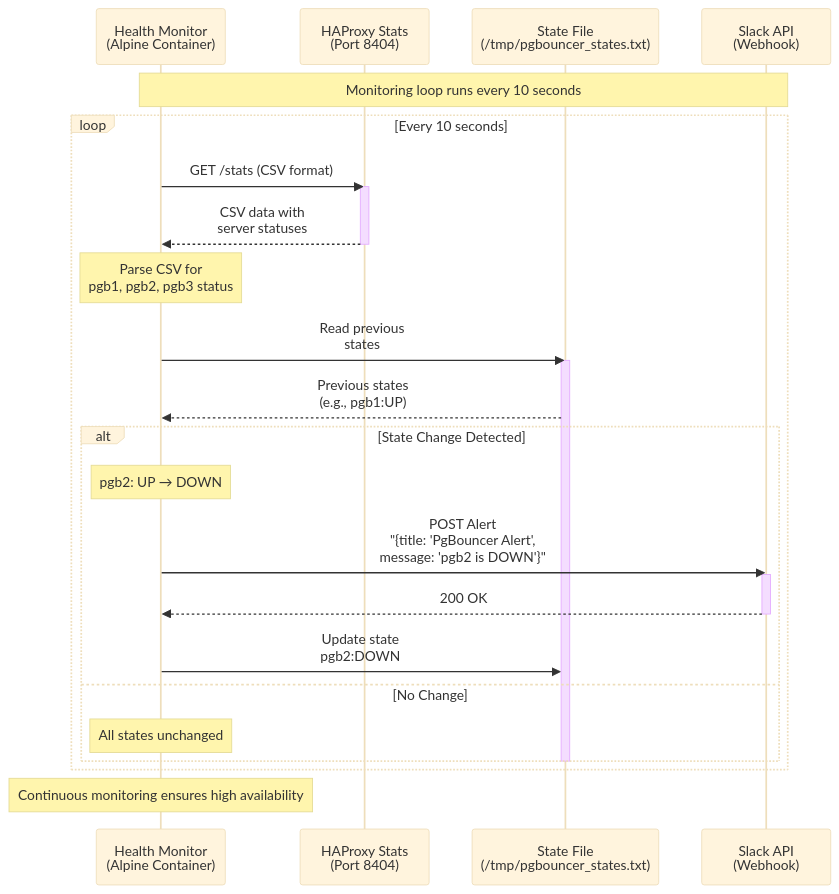
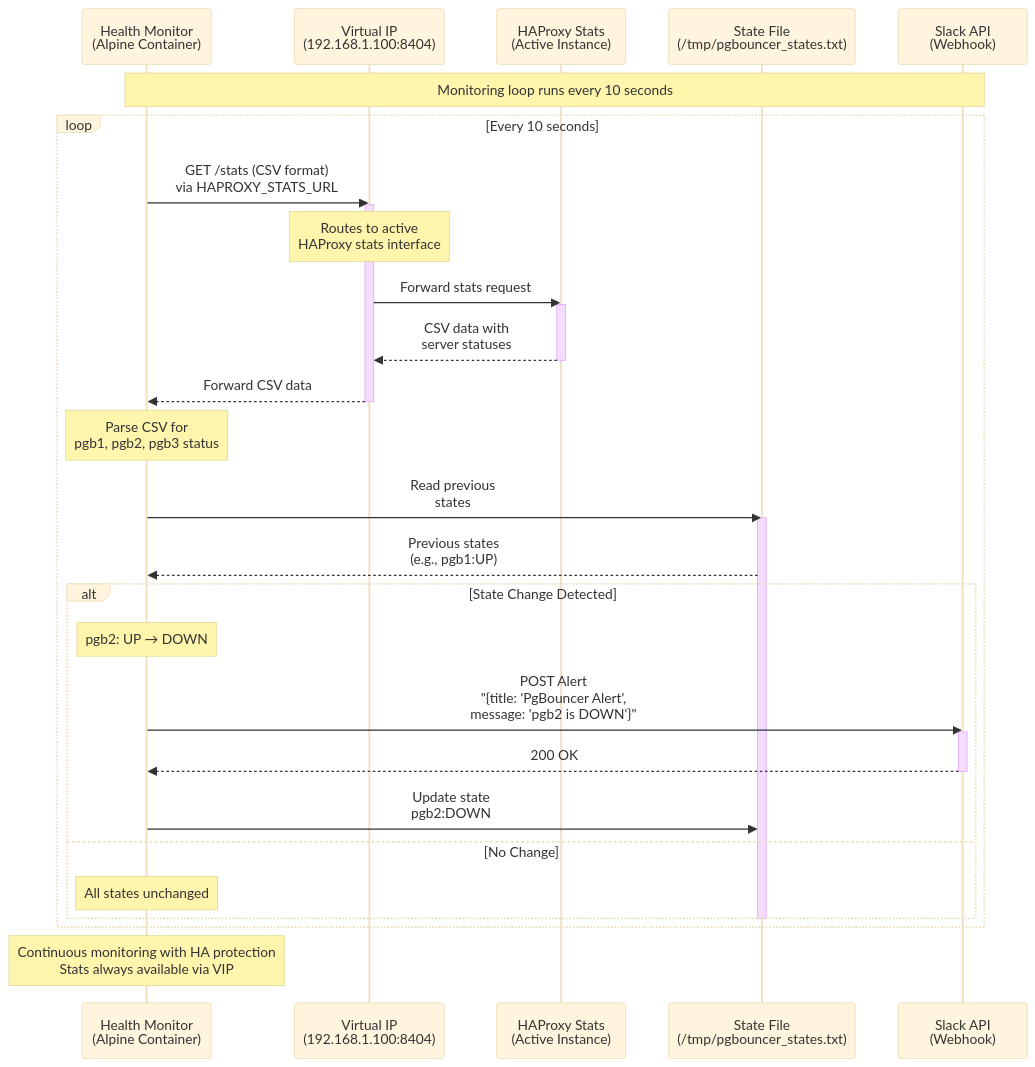
The second of 4 diagrams in apps/server/docs/sequence-diagram.md (RutamBhagat/haproxy), drawn with Mermaid (base theme) before and after one commit. The commit also changed other lines of this file, not shown here.

Commit message:
refactor: update sequence diagrams for HAProxy and PgBouncer with VIP routing and health monitoring

````diff
--- a/apps/server/docs/sequence-diagram.md
+++ b/apps/server/docs/sequence-diagram.md
@@ -59,43 +68,52 @@
 ```mermaid
 sequenceDiagram
     participant Monitor as Health Monitor<br/>(Alpine Container)
-    participant HAStats as HAProxy Stats<br/>(Port 8404)
+    participant VIP as Virtual IP<br/>(192.168.1.100:8404)
+    participant HAStats as HAProxy Stats<br/>(Active Instance)
     participant StateFile as State File<br/>(/tmp/pgbouncer_states.txt)
     participant Slack as Slack API<br/>(Webhook)
 
     Note over Monitor,Slack: Monitoring loop runs every 10 seconds
 
     loop Every 10 seconds
-        Monitor->>HAStats: GET /stats (CSV format)
+        Monitor->>VIP: GET /stats (CSV format)<br/>via HAPROXY_STATS_URL
+        activate VIP
+        
+        Note over VIP: Routes to active<br/>HAProxy stats interface
+        
+        VIP->>HAStats: Forward stats request
         activate HAStats
         
-        HAStats-->>Monitor: CSV data with<br/>server statuses
+        HAStats-->>VIP: CSV data with<br/>server statuses
         deactivate HAStats
+        
+        VIP-->>Monitor: Forward CSV data
+        deactivate VIP
         
         Note over Monitor: Parse CSV for<br/>pgb1, pgb2, pgb3 status
 
         Monitor->>StateFile: Read previous<br/>states
         activate StateFile
         
         StateFile-->>Monitor: Previous states<br/>(e.g., pgb1:UP)
         
         alt State Change Detected
             Note over Monitor: pgb2: UP → DOWN
             
             Monitor->>Slack: POST Alert<br/>"{title: 'PgBouncer Alert',<br/>message: 'pgb2 is DOWN'}"
             activate Slack
             
             Slack-->>Monitor: 200 OK
             deactivate Slack
             
             Monitor->>StateFile: Update state<br/>pgb2:DOWN
             
         else No Change
             Note over Monitor: All states unchanged
         end
         
         deactivate StateFile
     end
 
-    Note over Monitor: Continuous monitoring ensures high availability
+    Note over Monitor: Continuous monitoring with HA protection<br/>Stats always available via VIP
 ```
````
